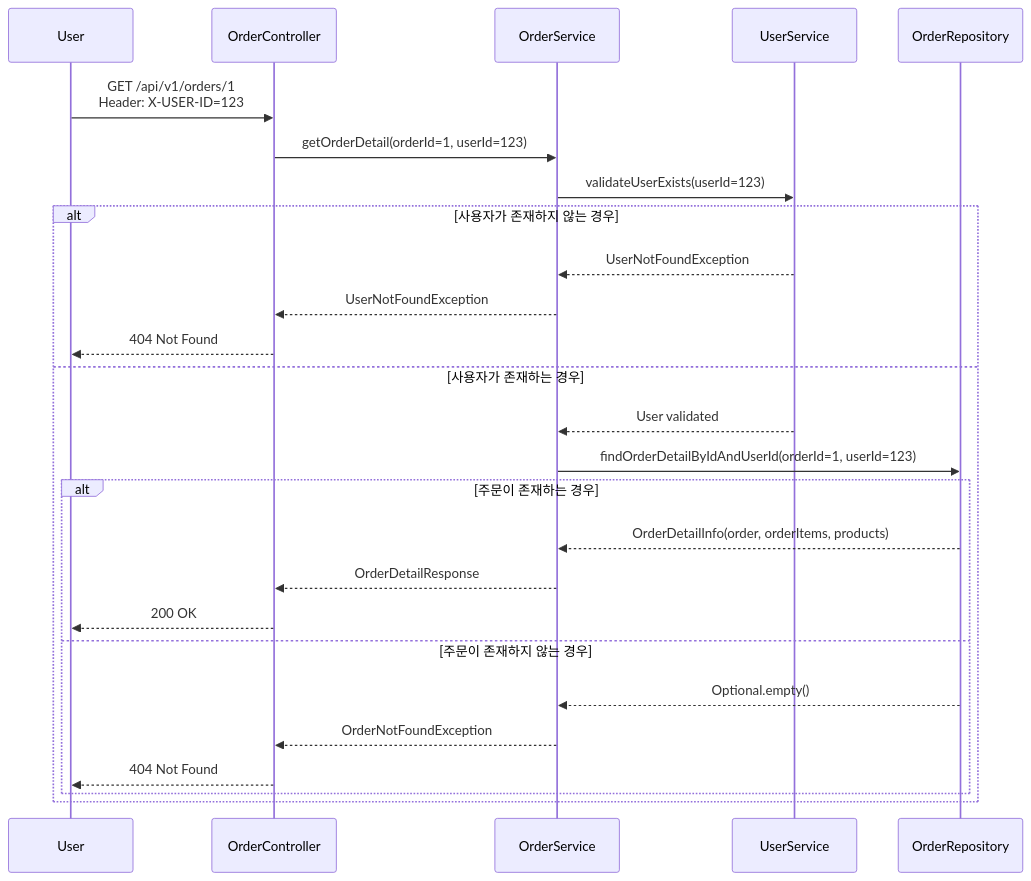
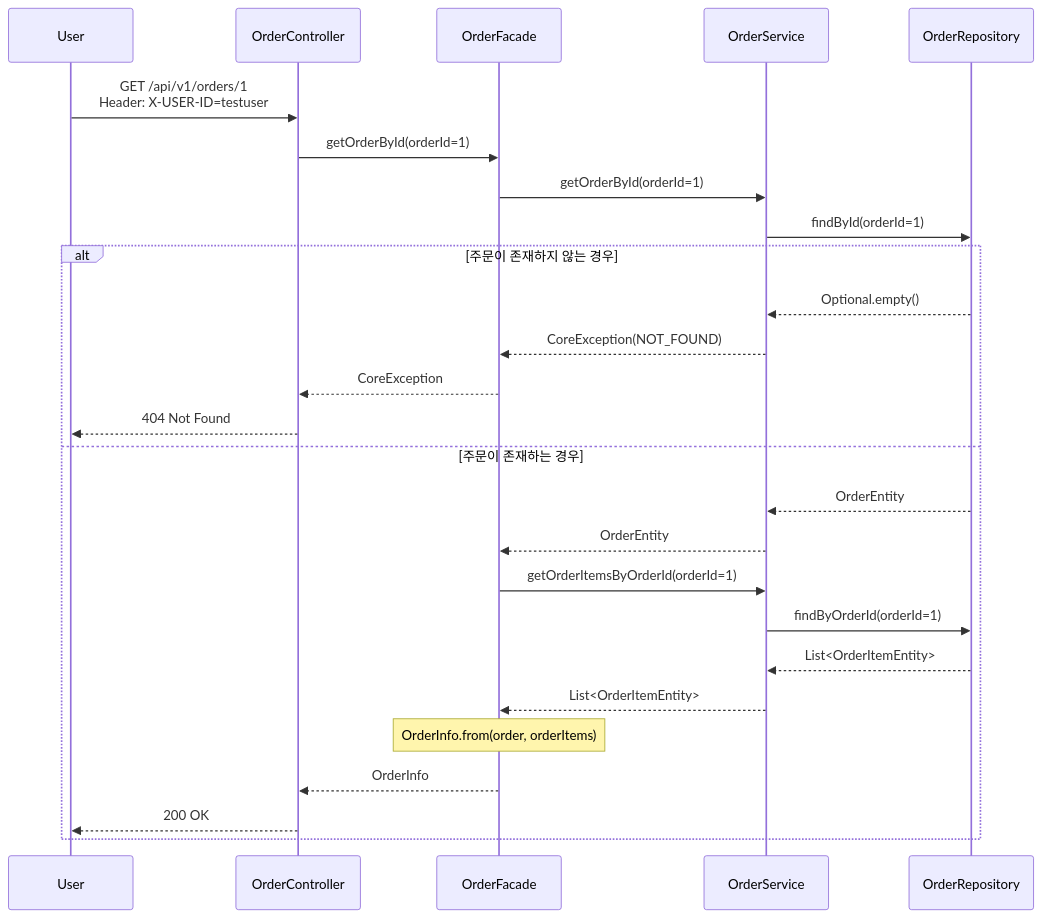
Before and after one commit to hyujikoh/loopers-spring-java-template: diagram 11 of 12 in docs/week2/02-sequence-diagrams.md, drawn with Mermaid. The commit also changed other lines of this file and 2 other files, not shown here.

````diff
--- a/docs/week2/02-sequence-diagrams.md
+++ b/docs/week2/02-sequence-diagrams.md
@@ -319,31 +437,33 @@
 ```mermaid
 sequenceDiagram
     participant User
     participant OrderController
+    participant OrderFacade
     participant OrderService
-    participant UserService
     participant OrderRepository
 
-    User->>OrderController: GET /api/v1/orders/1<br/>Header: X-USER-ID=123
-    OrderController->>OrderService: getOrderDetail(orderId=1, userId=123)
+    User->>OrderController: GET /api/v1/orders/1<br/>Header: X-USER-ID=testuser
+    OrderController->>OrderFacade: getOrderById(orderId=1)
     
-    OrderService->>UserService: validateUserExists(userId=123)
-    alt 사용자가 존재하지 않는 경우
-        UserService-->>OrderService: UserNotFoundException
-        OrderService-->>OrderController: UserNotFoundException
+    OrderFacade->>OrderService: getOrderById(orderId=1)
+    OrderService->>OrderRepository: findById(orderId=1)
+    
+    alt 주문이 존재하지 않는 경우
+        OrderRepository-->>OrderService: Optional.empty()
+        OrderService-->>OrderFacade: CoreException(NOT_FOUND)
+        OrderFacade-->>OrderController: CoreException
         OrderController-->>User: 404 Not Found
-    else 사용자가 존재하는 경우
-        UserService-->>OrderService: User validated
-        OrderService->>OrderRepository: findOrderDetailByIdAndUserId(orderId=1, userId=123)
+    else 주문이 존재하는 경우
+        OrderRepository-->>OrderService: OrderEntity
+        OrderService-->>OrderFacade: OrderEntity
         
-        alt 주문이 존재하는 경우
-            OrderRepository-->>OrderService: OrderDetailInfo(order, orderItems, products)
-            OrderService-->>OrderController: OrderDetailResponse
-            OrderController-->>User: 200 OK
-        else 주문이 존재하지 않는 경우
-            OrderRepository-->>OrderService: Optional.empty()
-            OrderService-->>OrderController: OrderNotFoundException
-            OrderController-->>User: 404 Not Found
-        end
+        OrderFacade->>OrderService: getOrderItemsByOrderId(orderId=1)
+        OrderService->>OrderRepository: findByOrderId(orderId=1)
+        OrderRepository-->>OrderService: List<OrderItemEntity>
+        OrderService-->>OrderFacade: List<OrderItemEntity>
+        
+        Note over OrderFacade: OrderInfo.from(order, orderItems)
+        OrderFacade-->>OrderController: OrderInfo
+        OrderController-->>User: 200 OK
     end
 ```
````
